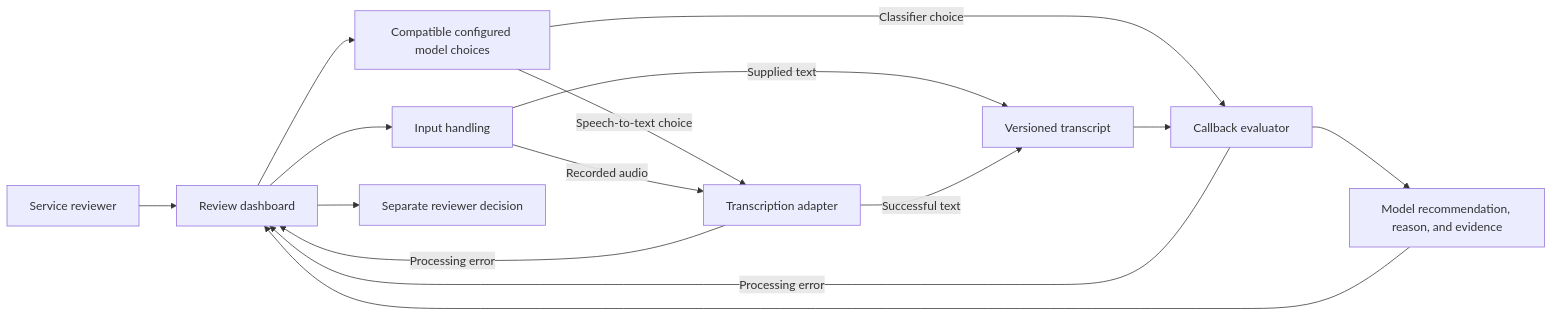
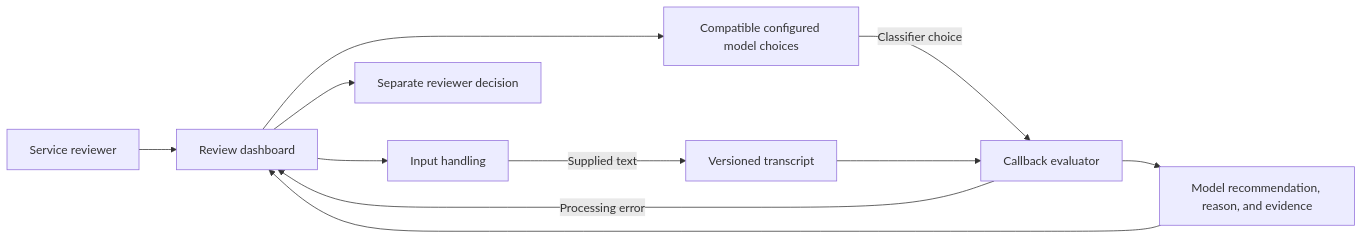
One commit to aidevcode9/voice-callback-review changed the first of 8 diagrams in docs/ARCHITECTURE.md. Above: the diagram before and after it, drawn with Mermaid. The commit also changed other lines of this file and 34 other files, not shown here.

````diff
--- a/docs/ARCHITECTURE.md
+++ b/docs/ARCHITECTURE.md
@@ -5,17 +5,13 @@
 ```mermaid
 flowchart LR
     Reviewer["Service reviewer"] --> UI["Review dashboard"]
     UI --> Input["Input handling"]
     UI --> Models["Compatible configured model choices"]
-    Models -->|Speech-to-text choice| STT
     Models -->|Classifier choice| Evaluate
-    Input -->|Recorded audio| STT["Transcription adapter"]
     Input -->|Supplied text| Transcript["Versioned transcript"]
-    STT -->|Successful text| Transcript
-    STT -->|Processing error| UI
     Transcript --> Evaluate["Callback evaluator"]
     Evaluate -->|Processing error| UI
     Evaluate --> Prediction["Model recommendation, reason, and evidence"]
     Prediction --> UI
     UI --> Human["Separate reviewer decision"]
 ```
````
